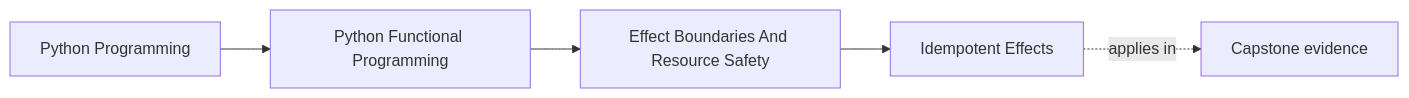
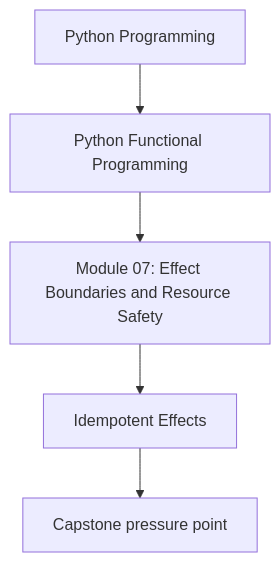
Before and after one commit to bijux/bijux-masterclass: the first of 2 diagrams in programs/python-programming/python-functional-programming/course-book/module-07-effect-boundaries-and-resource-safety/idempotent-effects.md, drawn with Mermaid. The commit also changed other lines of this file and 118 other files, not shown here.

Commit message:
docs(python-functional-programming): align concept page diagrams

````diff
--- a/programs/python-programming/python-functional-programming/course-book/module-07-effect-boundaries-and-resource-safety/idempotent-effects.md
+++ b/programs/python-programming/python-functional-programming/course-book/module-07-effect-boundaries-and-resource-safety/idempotent-effects.md
@@ -7,11 +7,7 @@
 ```mermaid
-graph LR
-  family["Python Programming"]
-  program["Python Functional Programming"]
-  section["Effect Boundaries And Resource Safety"]
-  page["Idempotent Effects"]
-  capstone["Capstone evidence"]
-
-  family --> program --> section --> page
-  page -.applies in.-> capstone
+flowchart TD
+  family["Python Programming"] --> program["Python Functional Programming"]
+  program --> module["Module 07: Effect Boundaries and Resource Safety"]
+  module --> concept["Idempotent Effects"]
+  concept --> capstone["Capstone pressure point"]
 ```
````
